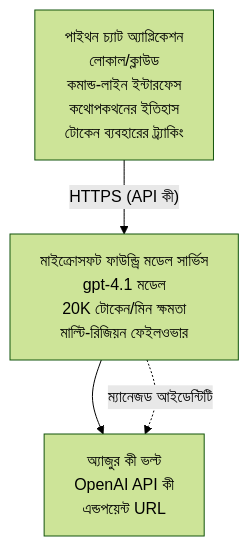
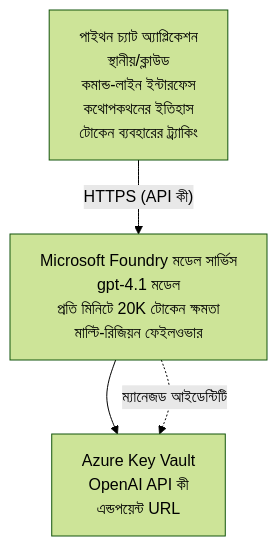
The diagram in translations/bn/examples/azure-openai-chat/README.md (microsoft/AZD-for-beginners), drawn with Mermaid (forest theme) before and after one commit. The commit also changed other lines of this file and 104 other files, not shown here.

````diff
--- a/translations/bn/examples/azure-openai-chat/README.md
+++ b/translations/bn/examples/azure-openai-chat/README.md
@@ -26,6 +26,6 @@
 ```mermaid
 graph TD
-    App[পাইথন চ্যাট অ্যাপ্লিকেশন<br/>লোকাল/ক্লাউড<br/>কমান্ড-লাইন ইন্টারফেস<br/>কথোপকথনের ইতিহাস<br/>টোকেন ব্যবহারের ট্র্যাকিং] -- "HTTPS (API কী)" --> Foundry[মাইক্রোসফট ফাউন্ড্রি মডেল সার্ভিস<br/>gpt-4.1 মডেল<br/>20K টোকেন/মিন ক্ষমতা<br/>মাল্টি-রিজিয়ন ফেইলওভার]
-    Foundry --> KV[অ্যাজুর কী ভল্ট<br/>OpenAI API কী<br/>এন্ডপয়েন্ট URL]
+    App[পাইথন চ্যাট অ্যাপ্লিকেশন<br/>স্থানীয়/ক্লাউড<br/>কমান্ড-লাইন ইন্টারফেস<br/>কথোপকথনের ইতিহাস<br/>টোকেন ব্যবহারের ট্র্যাকিং] -- "HTTPS (API কী)" --> Foundry[Microsoft Foundry মডেল সার্ভিস<br/>gpt-4.1 মডেল<br/>প্রতি মিনিটে 20K টোকেন ক্ষমতা<br/>মাল্টি-রিজিয়ন ফেইলওভার]
+    Foundry --> KV[Azure Key Vault<br/>OpenAI API কী<br/>এন্ডপয়েন্ট URL]
     Foundry -. ম্যানেজড আইডেন্টিটি .-> KV
 ```
````
